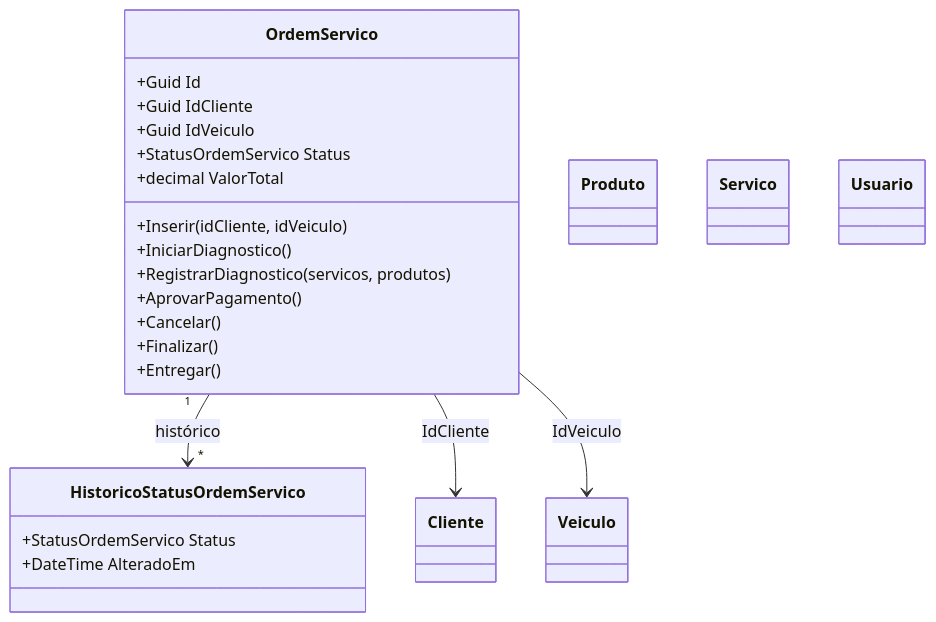
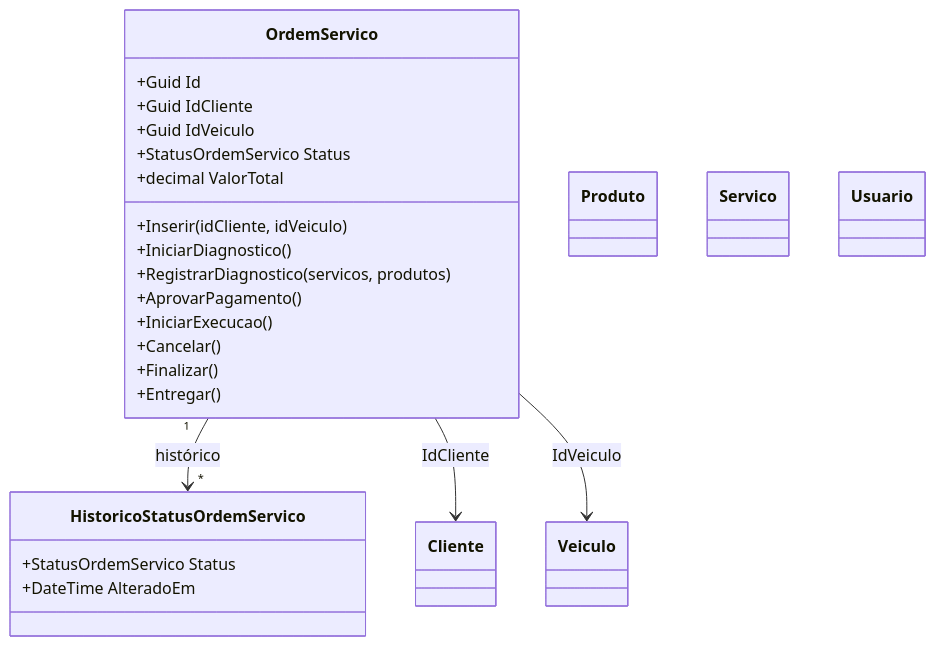
One commit to monnclaro/soat-tech-challenge-os-service changed the second of 4 diagrams in docs/architecture.md. Above: the diagram before and after it, drawn with Mermaid. The commit also changed other lines of this file and 24 other files, not shown here.

First line of the commit message:
fix: iniciar execucao sempre manual, nunca por comando automatico

````diff
--- a/docs/architecture.md
+++ b/docs/architecture.md
@@ -33,30 +33,31 @@
 ```mermaid
 classDiagram
     class OrdemServico {
         +Guid Id
         +Guid IdCliente
         +Guid IdVeiculo
         +StatusOrdemServico Status
         +decimal ValorTotal
         +Inserir(idCliente, idVeiculo)
         +IniciarDiagnostico()
         +RegistrarDiagnostico(servicos, produtos)
         +AprovarPagamento()
+        +IniciarExecucao()
         +Cancelar()
         +Finalizar()
         +Entregar()
     }
     class HistoricoStatusOrdemServico {
         +StatusOrdemServico Status
         +DateTime AlteradoEm
     }
     class Cliente
     class Veiculo
     class Produto
     class Servico
     class Usuario
 
     OrdemServico "1" --> "*" HistoricoStatusOrdemServico : histórico
     OrdemServico --> Cliente : IdCliente
     OrdemServico --> Veiculo : IdVeiculo
 ```
````
